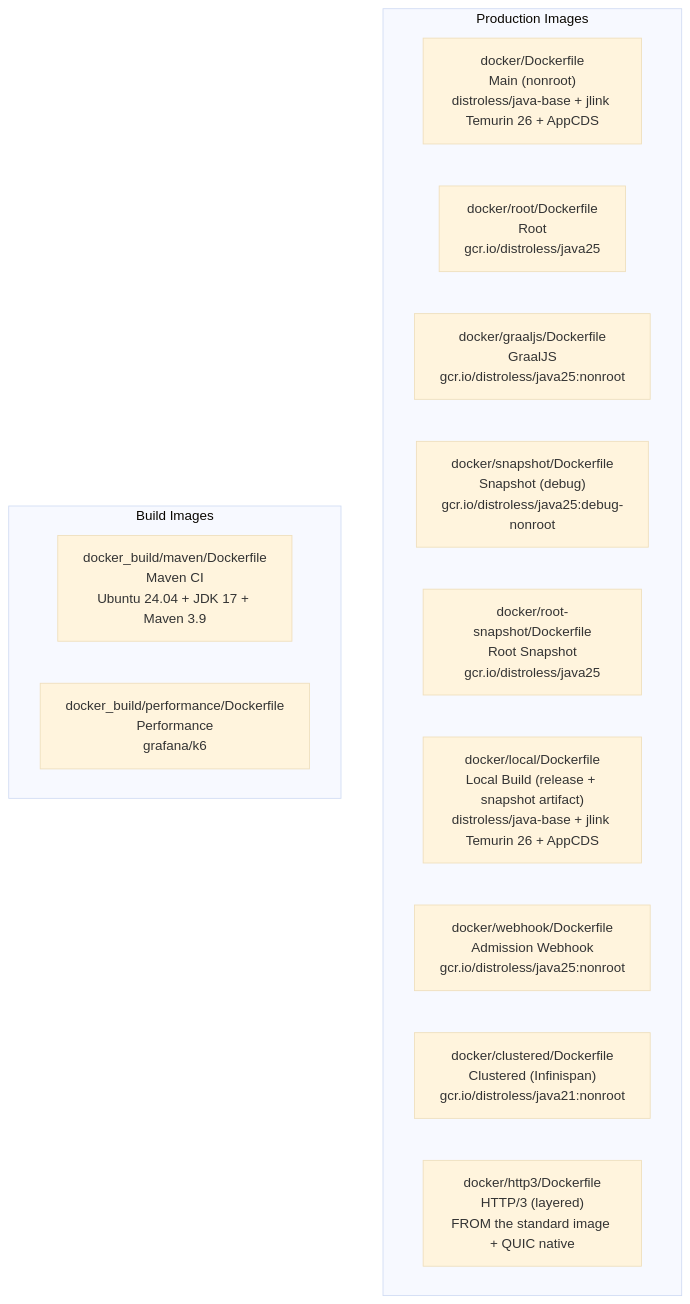
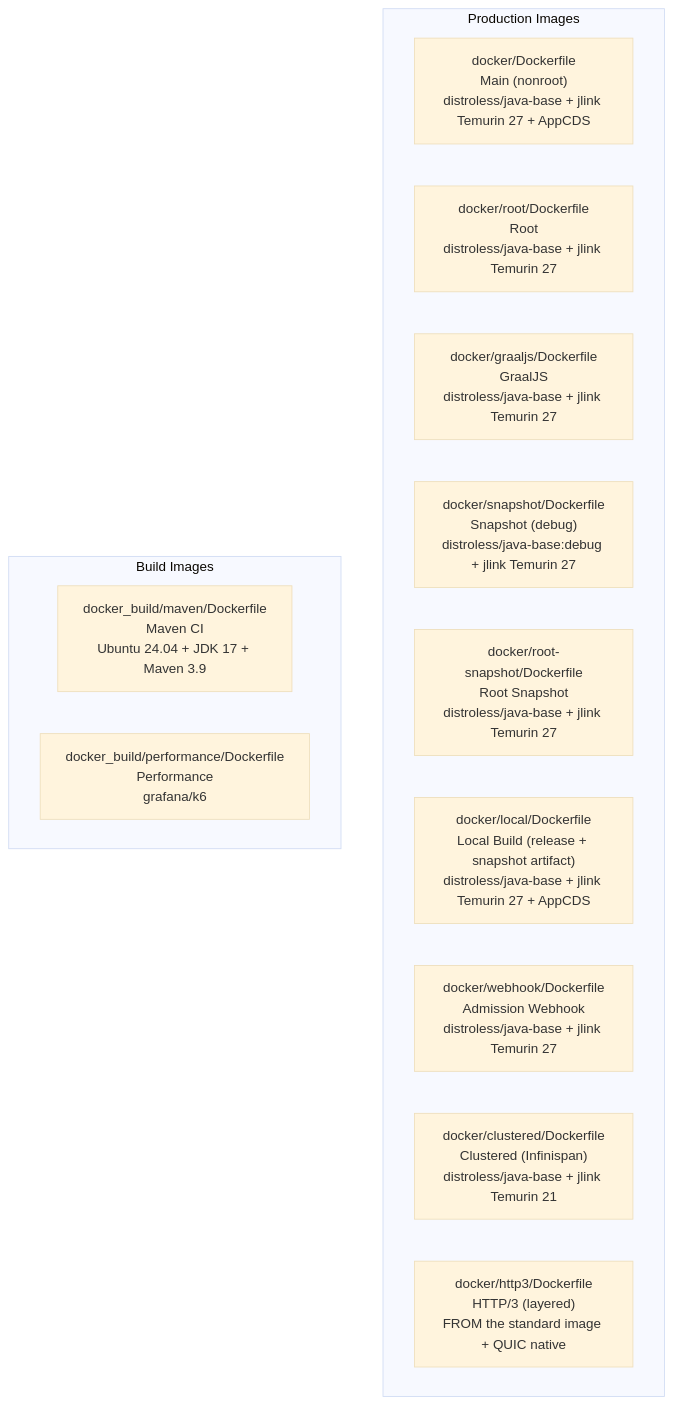
One commit to mock-server/mockserver-monorepo changed the first of 7 diagrams in docs/infrastructure/docker.md. Above: the diagram before and after it, drawn with Mermaid (base theme). The commit also changed other lines of this file and 40 other files, not shown here.

````diff
--- a/docs/infrastructure/docker.md
+++ b/docs/infrastructure/docker.md
@@ -7,41 +7,41 @@
 ```mermaid
 graph TB
     subgraph "Production Images"
         MAIN["docker/Dockerfile
 Main (nonroot)
-distroless/java-base + jlink Temurin 26 + AppCDS"]
+distroless/java-base + jlink Temurin 27 + AppCDS"]
         ROOT["docker/root/Dockerfile
 Root
-gcr.io/distroless/java25"]
+distroless/java-base + jlink Temurin 27"]
         GRAAL["docker/graaljs/Dockerfile
 GraalJS
-gcr.io/distroless/java25:nonroot"]
+distroless/java-base + jlink Temurin 27"]
         SNAP["docker/snapshot/Dockerfile
 Snapshot (debug)
-gcr.io/distroless/java25:debug-nonroot"]
+distroless/java-base:debug + jlink Temurin 27"]
         RSNAP["docker/root-snapshot/Dockerfile
 Root Snapshot
-gcr.io/distroless/java25"]
+distroless/java-base + jlink Temurin 27"]
         LOCAL["docker/local/Dockerfile
 Local Build (release + snapshot artifact)
-distroless/java-base + jlink Temurin 26 + AppCDS"]
+distroless/java-base + jlink Temurin 27 + AppCDS"]
         WEBHOOK["docker/webhook/Dockerfile
 Admission Webhook
-gcr.io/distroless/java25:nonroot"]
+distroless/java-base + jlink Temurin 27"]
         CLUSTERED["docker/clustered/Dockerfile
 Clustered (Infinispan)
-gcr.io/distroless/java21:nonroot"]
+distroless/java-base + jlink Temurin 21"]
         HTTP3["docker/http3/Dockerfile
 HTTP/3 (layered)
 FROM the standard image + QUIC native"]
     end
 
     subgraph "Build Images"
         MVN["docker_build/maven/Dockerfile
 Maven CI
 Ubuntu 24.04 + JDK 17 + Maven 3.9"]
         PERF["docker_build/performance/Dockerfile
 Performance
 grafana/k6"]
     end
 ```
````
